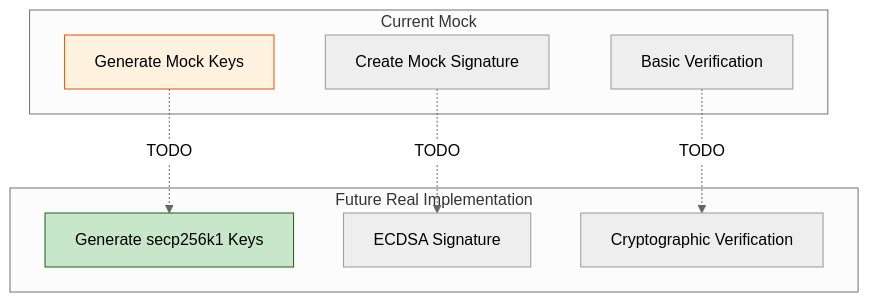
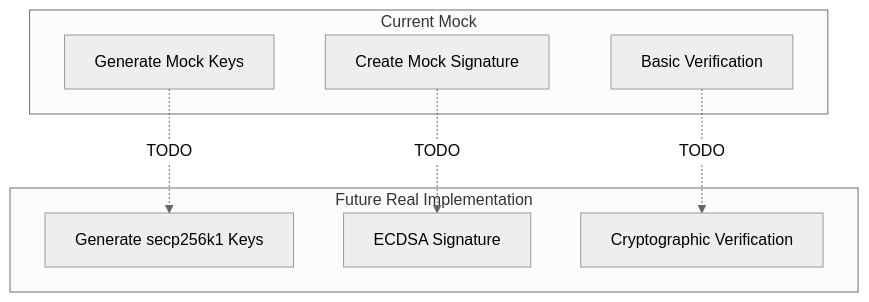
One commit to o2alexanderfedin/angular-cas-disot changed the fifth of 9 diagrams in docs/services/README.md. Above: the diagram before and after it, drawn with Mermaid (neutral theme). The commit also changed other lines of this file and 18 other files, not shown here.

````diff
--- a/docs/services/README.md
+++ b/docs/services/README.md
@@ -150,21 +150,21 @@
 ```mermaid
 graph TD
     subgraph "Current Mock"
         MOCK_GEN[Generate Mock Keys]
         MOCK_SIGN[Create Mock Signature]
         MOCK_VERIFY[Basic Verification]
     end
     
     subgraph "Future Real Implementation"
         REAL_GEN[Generate secp256k1 Keys]
         REAL_SIGN[ECDSA Signature]
         REAL_VERIFY[Cryptographic Verification]
     end
     
     MOCK_GEN -.->|TODO| REAL_GEN
     MOCK_SIGN -.->|TODO| REAL_SIGN
     MOCK_VERIFY -.->|TODO| REAL_VERIFY
     
-    style MOCK_GEN fill:#fff3e0,stroke:#e65100
-    style REAL_GEN fill:#c8e6c9,stroke:#1b5e20
+    
+    
 ```
````
